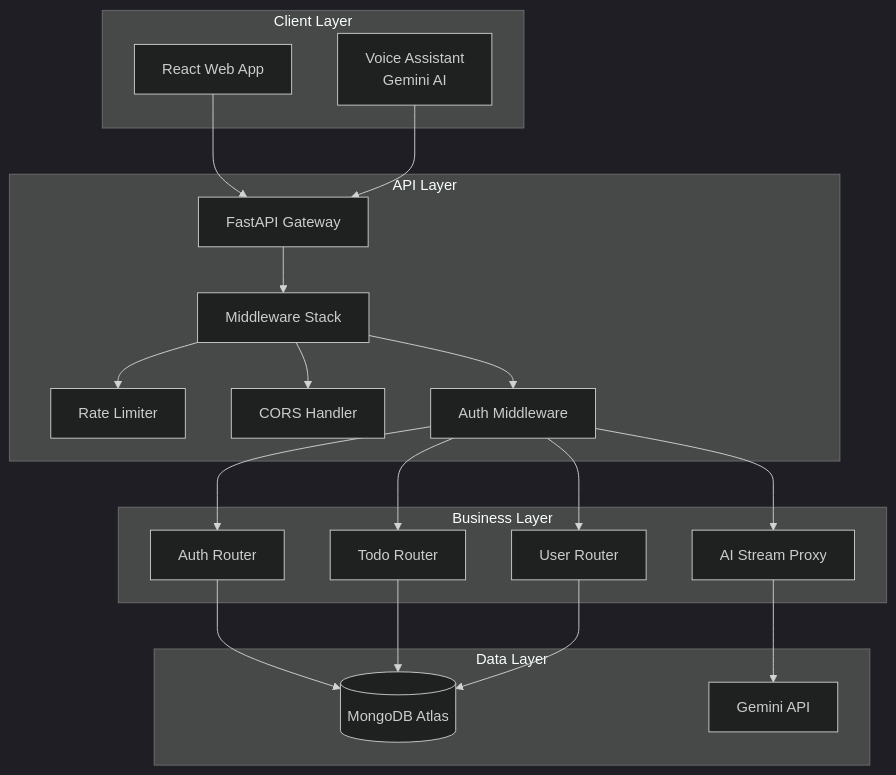
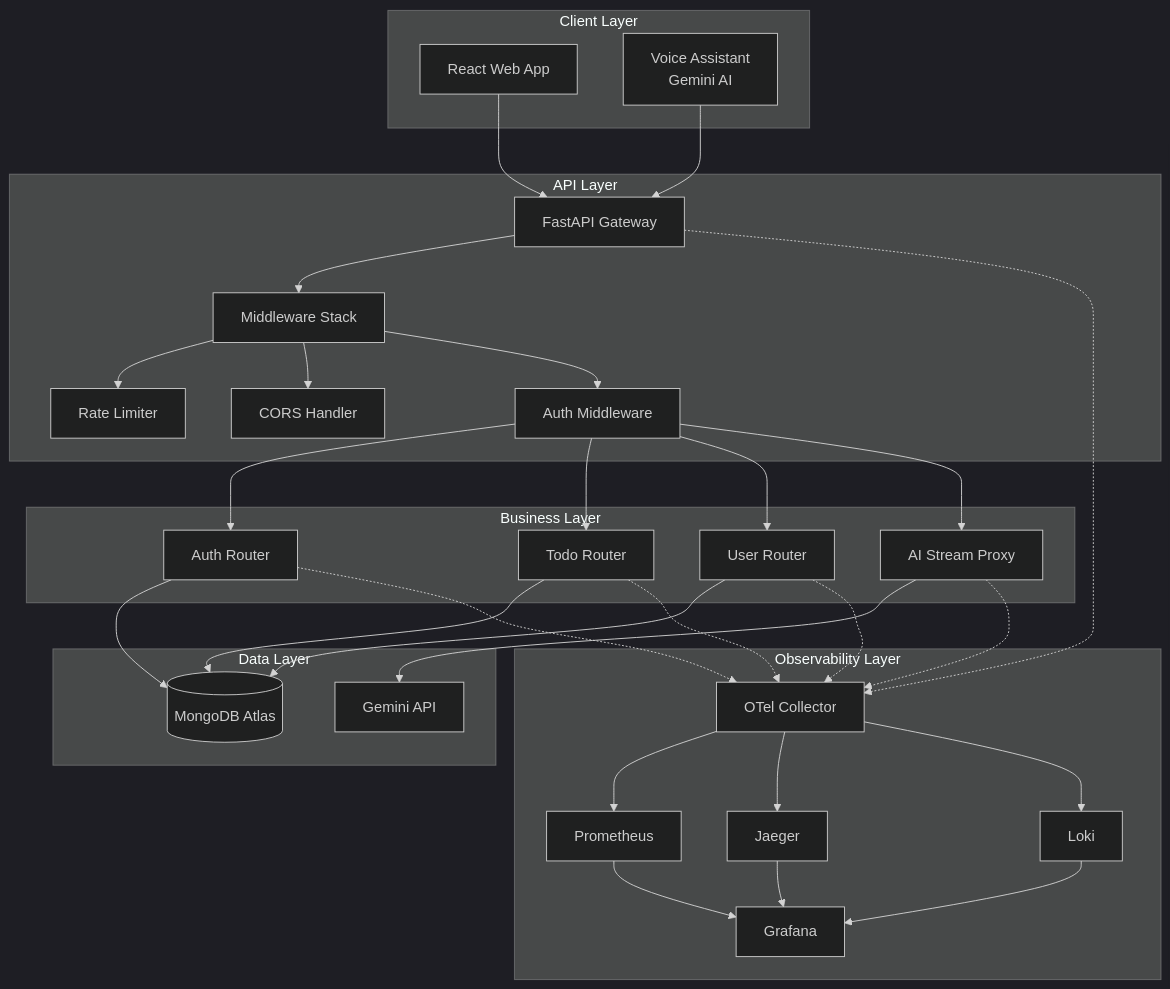
Before and after one commit to sajankp/to-do: the first of 3 diagrams in docs/ARCHITECTURE.md, drawn with Mermaid (dark theme). The commit also changed other lines of this file and 17 other files, not shown here.

````diff
--- a/docs/ARCHITECTURE.md
+++ b/docs/ARCHITECTURE.md
@@ -76,45 +76,66 @@
 ```mermaid
 graph TB
     subgraph "Client Layer"
         WEB[React Web App]
         VOICE[Voice Assistant<br/>Gemini AI]
     end
 
     subgraph "API Layer"
         GW[FastAPI Gateway]
         MW[Middleware Stack]
         RATE[Rate Limiter]
         CORS[CORS Handler]
         AUTH_MW[Auth Middleware]
     end
 
     subgraph "Business Layer"
         AUTH[Auth Router]
         TODO[Todo Router]
         USER[User Router]
         AI[AI Stream Proxy]
 
     end
 
     subgraph "Data Layer"
         MONGO[(MongoDB Atlas)]
         GEMINI[Gemini API]
     end
 
+    subgraph "Observability Layer"
+        OTEL[OTel Collector]
+        PROM[Prometheus]
+        JAEGER[Jaeger]
+        LOKI[Loki]
+        GRAFANA[Grafana]
+    end
+
     WEB --> GW
     VOICE --> GW
     GW --> MW
     MW --> RATE
     MW --> CORS
     MW --> AUTH_MW
     AUTH_MW --> AUTH
     AUTH_MW --> TODO
     AUTH_MW --> USER
     AUTH_MW --> AI
 
     AUTH --> MONGO
     TODO --> MONGO
     USER --> MONGO
     AI --> GEMINI
 
+    GW -.-> OTEL
+    AUTH -.-> OTEL
+    TODO -.-> OTEL
+    USER -.-> OTEL
+    AI -.-> OTEL
+
+    OTEL --> PROM
+    OTEL --> JAEGER
+    OTEL --> LOKI
+    PROM --> GRAFANA
+    JAEGER --> GRAFANA
+    LOKI --> GRAFANA
+
 ```
````
